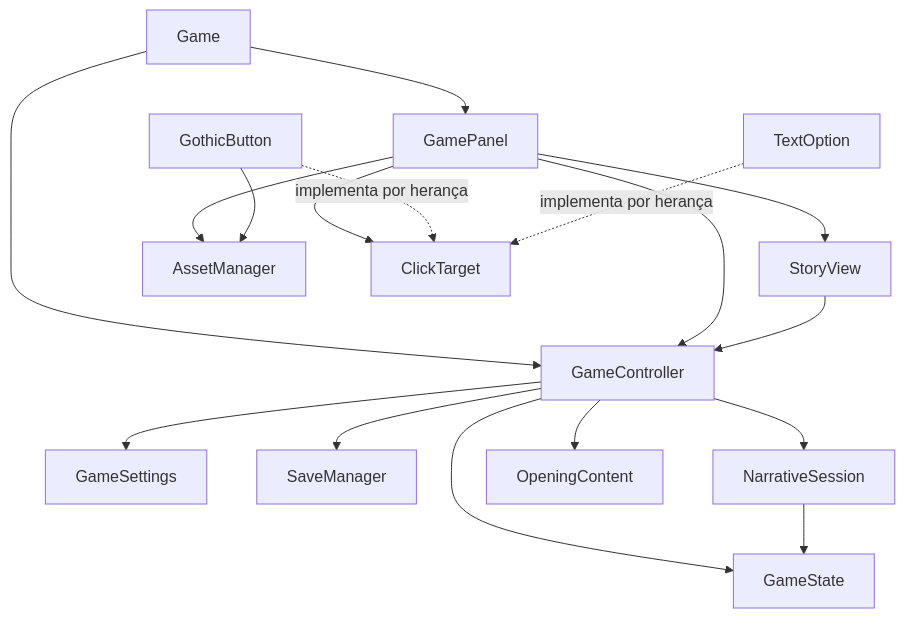
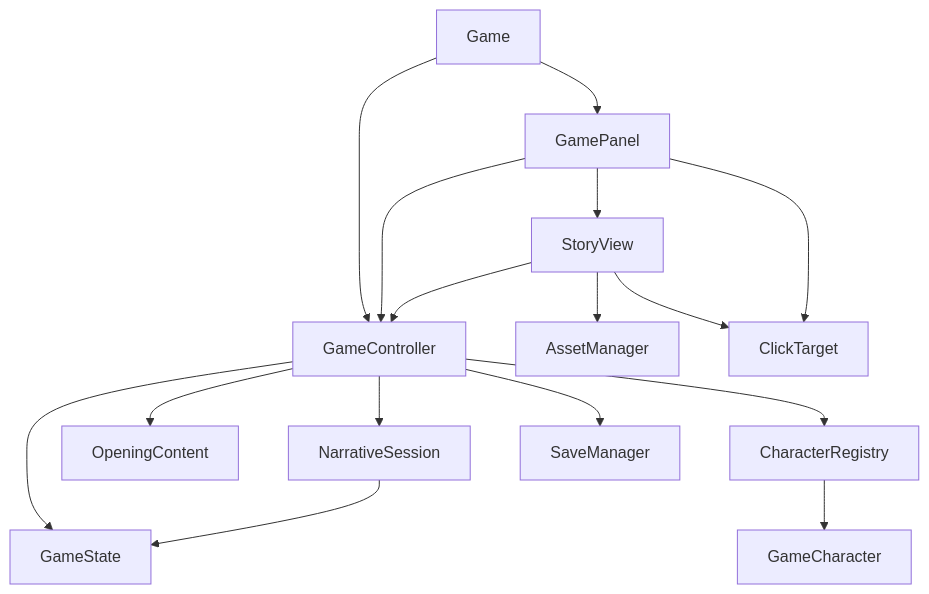
One commit to FelipeNRamalho/a-biblioteca-das-almas-java changed the first of 2 diagrams in docs/arquitetura-e-poo.md. Above: the diagram before and after it, drawn with Mermaid. The commit also changed other lines of this file and 9 other files, not shown here.

````diff
--- a/docs/arquitetura-e-poo.md
+++ b/docs/arquitetura-e-poo.md
@@ -42,19 +27,18 @@
 ```mermaid
 flowchart TD
+    Game --> GamePanel
     Game --> GameController
-    Game --> GamePanel
+    GamePanel --> StoryView
     GamePanel --> GameController
-    GameController --> GameSettings
+    StoryView --> GameController
     GameController --> GameState
-    GameController --> SaveManager
     GameController --> NarrativeSession
     GameController --> OpeningContent
+    GameController --> CharacterRegistry
+    GameController --> SaveManager
     NarrativeSession --> GameState
-    GamePanel --> StoryView
-    StoryView --> GameController
-    GamePanel --> AssetManager
+    CharacterRegistry --> GameCharacter
+    StoryView --> AssetManager
+    StoryView --> ClickTarget
     GamePanel --> ClickTarget
-    GothicButton -. implementa por herança .-> ClickTarget
-    TextOption -. implementa por herança .-> ClickTarget
-    GothicButton --> AssetManager
 ```
````
